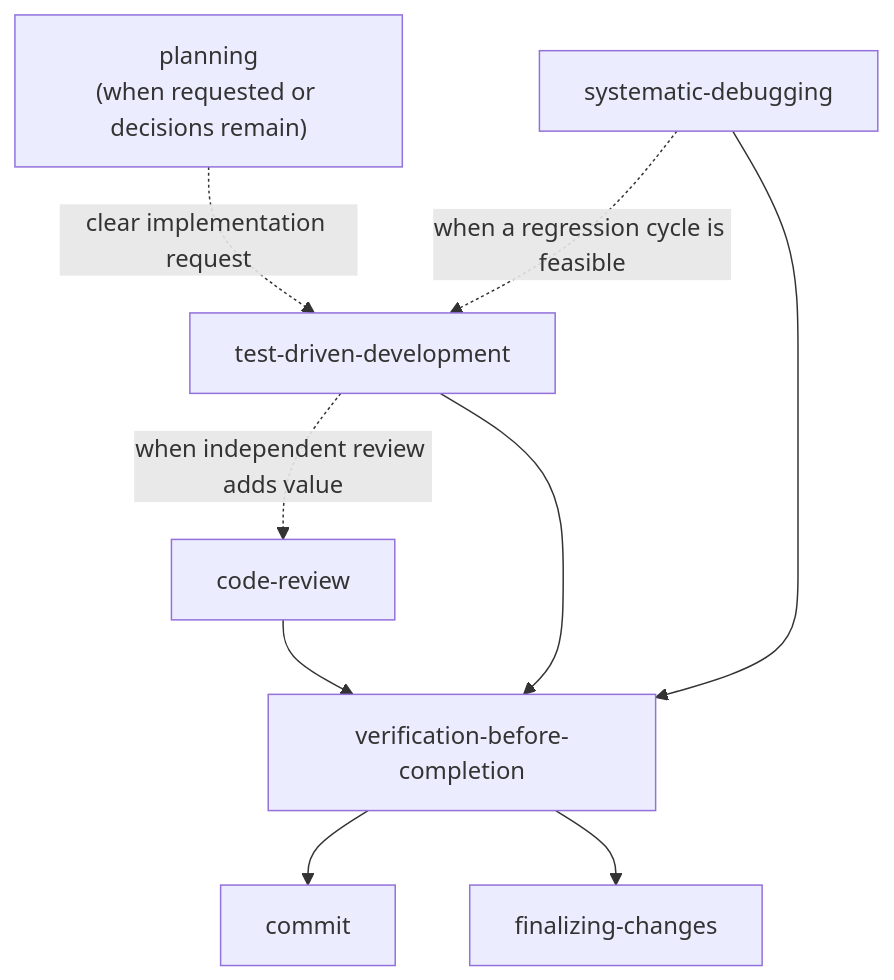
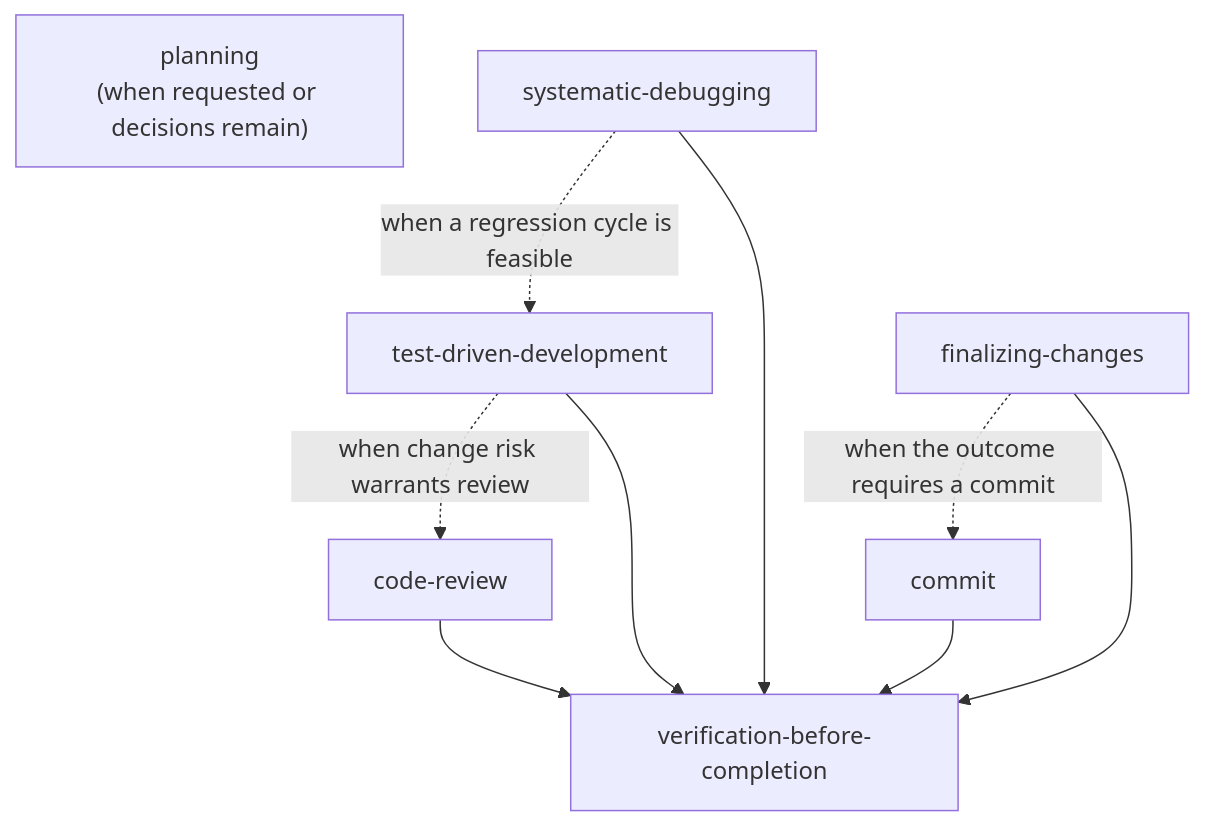
Before and after one commit to fgladisch/omp-skills: the diagram in README.md, drawn with Mermaid. The commit also changed other lines of this file and 2 other files, not shown here.

Commit message:
📝 docs: align skill dependency workflow

````diff
--- a/README.md
+++ b/README.md
@@ -33,19 +33,19 @@
 ```mermaid
 flowchart TB
   P["planning<br/>(when requested or decisions remain)"]
   SD["systematic-debugging"]
   TDD["test-driven-development"]
   CR["code-review"]
   V["verification-before-completion"]
   C["commit"]
   F["finalizing-changes"]
 
-  P -. "clear implementation request" .-> TDD
   SD -. "when a regression cycle is feasible" .-> TDD
-  TDD -. "when independent review adds value" .-> CR
+  TDD -. "when change risk warrants review" .-> CR
   CR --> V
   TDD --> V
   SD --> V
-  V --> C
-  V --> F
+  F -. "when the outcome requires a commit" .-> C
+  C --> V
+  F --> V
 ```
````
